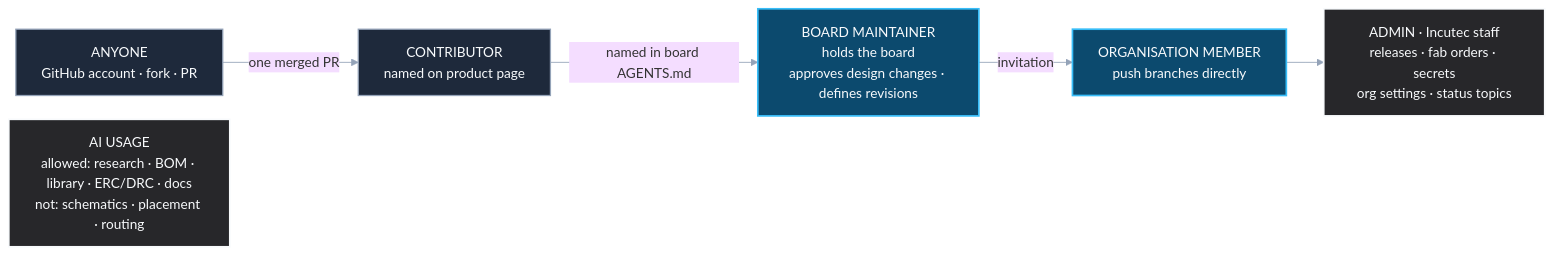
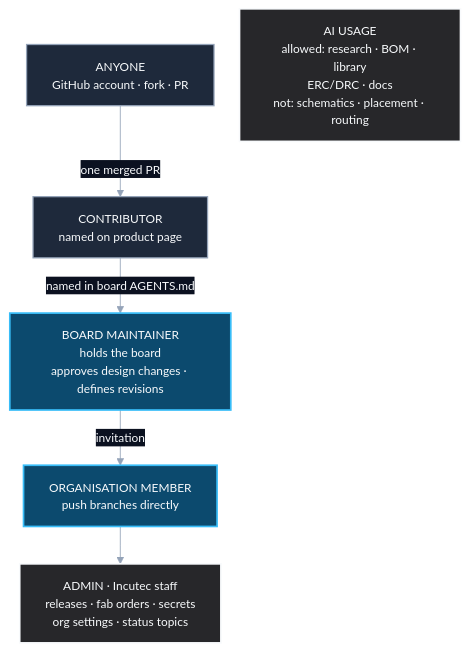
One commit to OpenDrone-hw/.github changed the fifth of 5 diagrams in OVERVIEW.md. Above: the diagram before and after it, drawn with Mermaid. The commit also changed other lines of this file, not shown here.

````diff
--- a/OVERVIEW.md
+++ b/OVERVIEW.md
@@ -157,18 +156,18 @@
 ```mermaid
-%%{init: {"theme": "base", "themeVariables": {"background": "#0b1120", "lineColor": "#94a3b8", "fontFamily": "Inter, ui-sans-serif, system-ui"}, "flowchart": {"curve": "linear", "nodeSpacing": 28, "rankSpacing": 44}}}%%
-flowchart LR
+%%{init: {"theme": "base", "themeVariables": {"background": "#0b1120", "lineColor": "#94a3b8", "primaryTextColor": "#f8fafc", "edgeLabelBackground": "#0b1120", "fontSize": "14px"}, "flowchart": {"curve": "linear", "nodeSpacing": 30, "rankSpacing": 44}}}%%
+flowchart TB
     R0["ANYONE<br/>GitHub account · fork · PR"] -->|"one merged PR"| R1["CONTRIBUTOR<br/>named on product page"]
     R1 -->|"named in board AGENTS.md"| R2["BOARD MAINTAINER<br/>holds the board<br/>approves design changes · defines revisions"]
     R2 -->|"invitation"| R3["ORGANISATION MEMBER<br/>push branches directly"]
     R3 --> R4["ADMIN · Incutec staff<br/>releases · fab orders · secrets<br/>org settings · status topics"]
 
-    AI["AI USAGE<br/>allowed: research · BOM · library · ERC/DRC · docs<br/>not: schematics · placement · routing"]
+    AI["AI USAGE<br/>allowed: research · BOM · library<br/>ERC/DRC · docs<br/>not: schematics · placement · routing"]
 
     classDef open fill:#1e293b,stroke:#94a3b8,color:#f8fafc,stroke-width:1.5px;
     classDef design fill:#0c4a6e,stroke:#38bdf8,color:#f8fafc,stroke-width:2px;
     classDef control fill:#27272a,stroke:#f8fafc,color:#f8fafc,stroke-width:2px;
 
     class R0,R1 open;
     class R2,R3 design;
     class R4,AI control;
 ```
````
